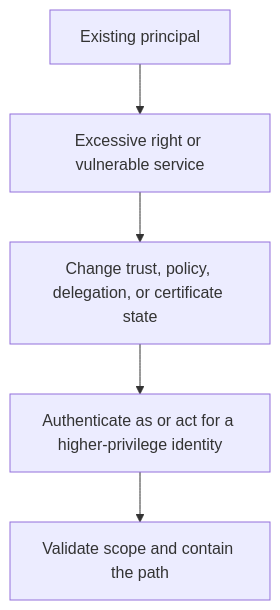
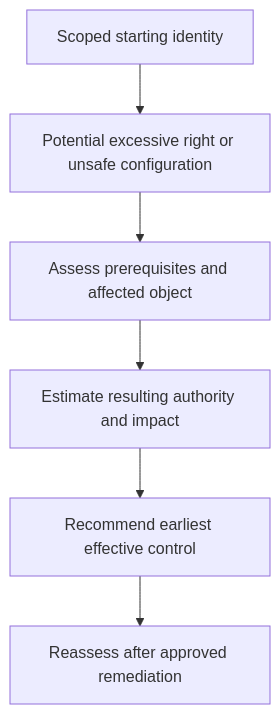
The diagram in docs/phases/privesc.md (alham-rizvi/FindMyAttackPath), drawn with Mermaid before and after one commit. The commit also changed other lines of this file and 20 other files, not shown here.

````diff
--- a/docs/phases/privesc.md
+++ b/docs/phases/privesc.md
@@ -12,7 +15,8 @@
 ```mermaid
 flowchart TD
-  A[Existing principal] --> B[Excessive right or vulnerable service]
-  B --> C[Change trust, policy, delegation, or certificate state]
-  C --> D[Authenticate as or act for a higher-privilege identity]
-  D --> E[Validate scope and contain the path]
+  A[Scoped starting identity] --> B[Potential excessive right or unsafe configuration]
+  B --> C[Assess prerequisites and affected object]
+  C --> D[Estimate resulting authority and impact]
+  D --> E[Recommend earliest effective control]
+  E --> F[Reassess after approved remediation]
 ```
````
